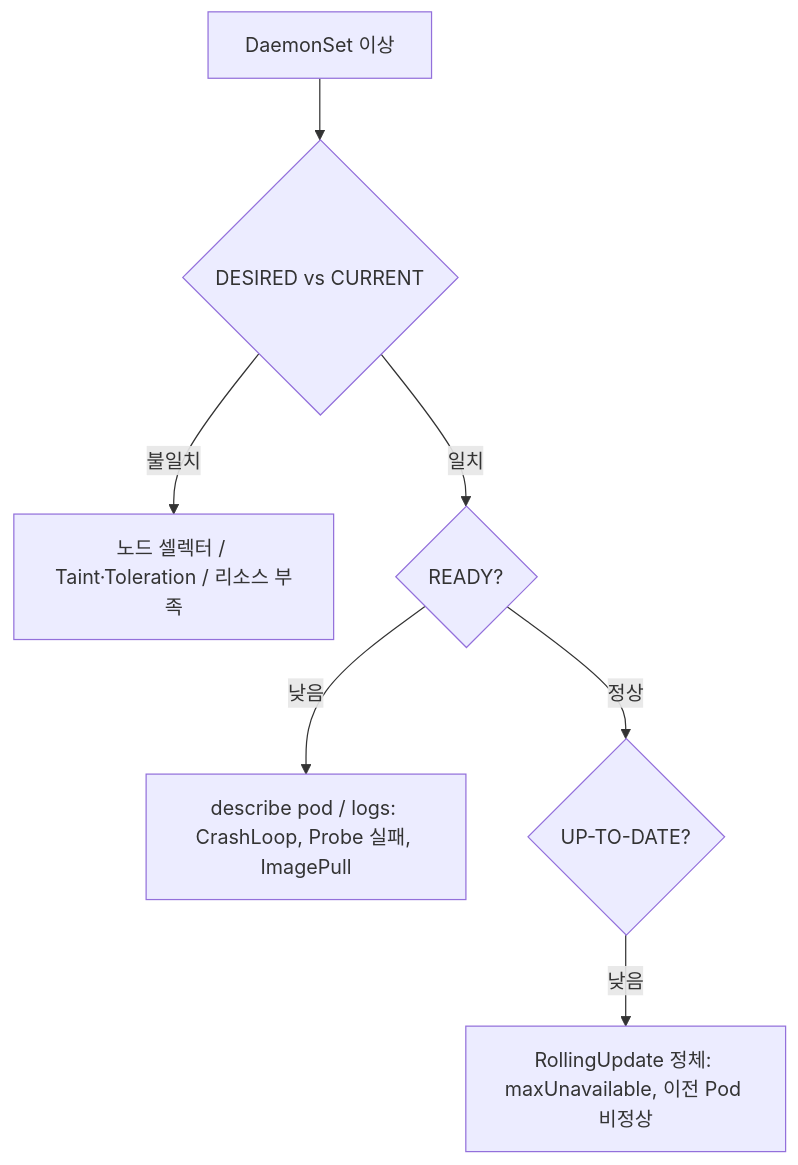
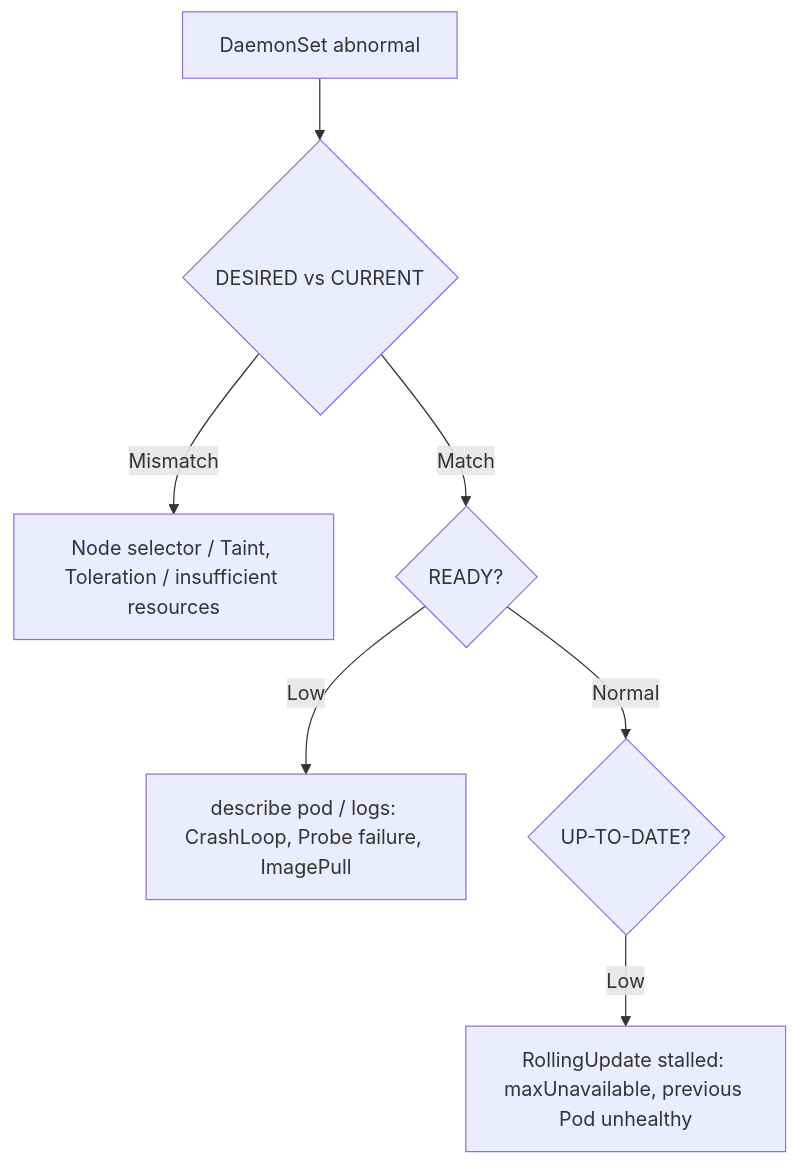
The diagram in content/usecases/51-uc-daemonset-troubleshooting.md (jeonck/k8s-adv), drawn with Mermaid before and after one commit. The commit also changed other lines of this file and 223 other files, not shown here.

````diff
--- a/content/usecases/51-uc-daemonset-troubleshooting.md
+++ b/content/usecases/51-uc-daemonset-troubleshooting.md
@@ -29,9 +29,9 @@
 ```mermaid
 flowchart TD
-    A[DaemonSet 이상] --> B{DESIRED vs CURRENT}
-    B -->|불일치| C[노드 셀렉터 / Taint·Toleration / 리소스 부족]
-    B -->|일치| D{READY?}
-    D -->|낮음| E[describe pod / logs: CrashLoop, Probe 실패, ImagePull]
-    D -->|정상| F{UP-TO-DATE?}
-    F -->|낮음| G[RollingUpdate 정체: maxUnavailable, 이전 Pod 비정상]
+    A["DaemonSet abnormal"] --> B{"DESIRED vs CURRENT"}
+    B -->|Mismatch| C["Node selector / Taint, Toleration / insufficient resources"]
+    B -->|Match| D{READY?}
+    D -->|Low| E["describe pod / logs: CrashLoop, Probe failure, ImagePull"]
+    D -->|Normal| F{UP-TO-DATE?}
+    F -->|Low| G["RollingUpdate stalled: maxUnavailable, previous Pod unhealthy"]
 ```
````
